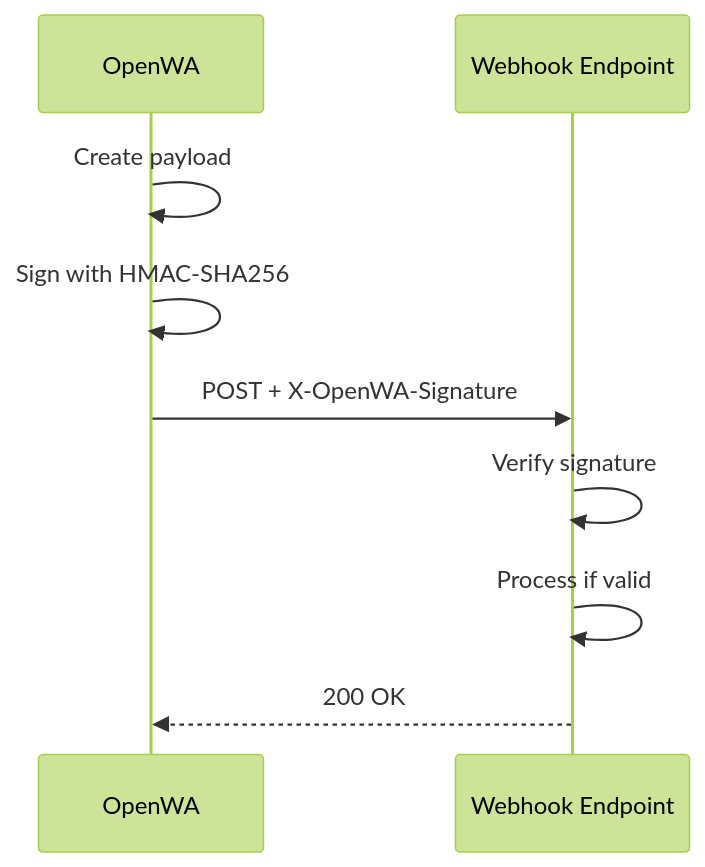
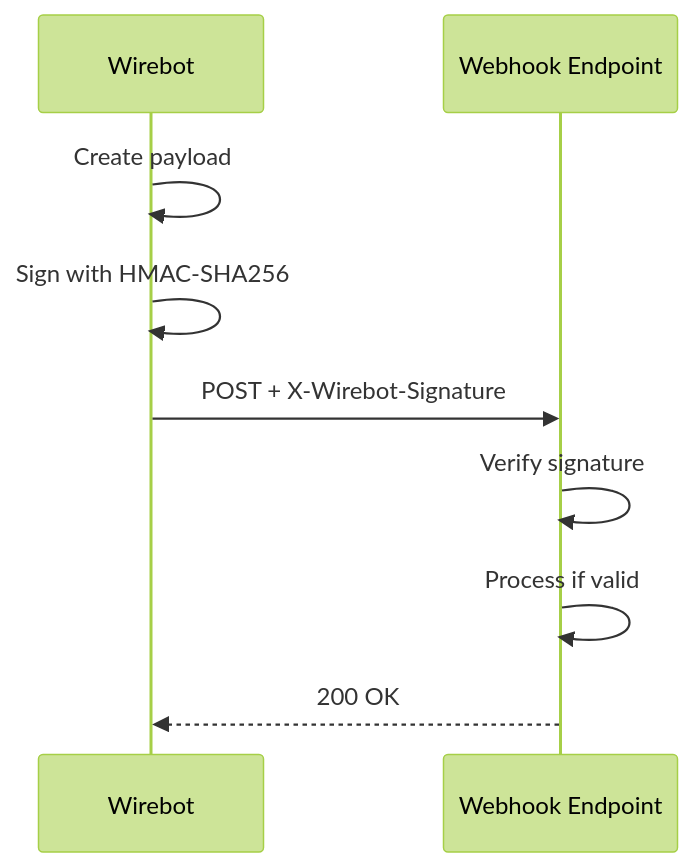
One commit to Octapus-systems/whatsapp_Dashboard changed the seventh of 10 diagrams in docs/04-security-design.md. Above: the diagram before and after it, drawn with Mermaid (forest theme). The commit also changed other lines of this file and 86 other files, not shown here.

Commit message:
chore: rebrand OpenWA to Wirebot, attribute to Jishad

````diff
--- a/docs/04-security-design.md
+++ b/docs/04-security-design.md
@@ -405,12 +405,12 @@
 ```mermaid
 sequenceDiagram
-    participant OW as OpenWA
+    participant OW as Wirebot
     participant WH as Webhook Endpoint
     
     OW->>OW: Create payload
     OW->>OW: Sign with HMAC-SHA256
-    OW->>WH: POST + X-OpenWA-Signature
+    OW->>WH: POST + X-Wirebot-Signature
     WH->>WH: Verify signature
     WH->>WH: Process if valid
     WH-->>OW: 200 OK
 ```
````
